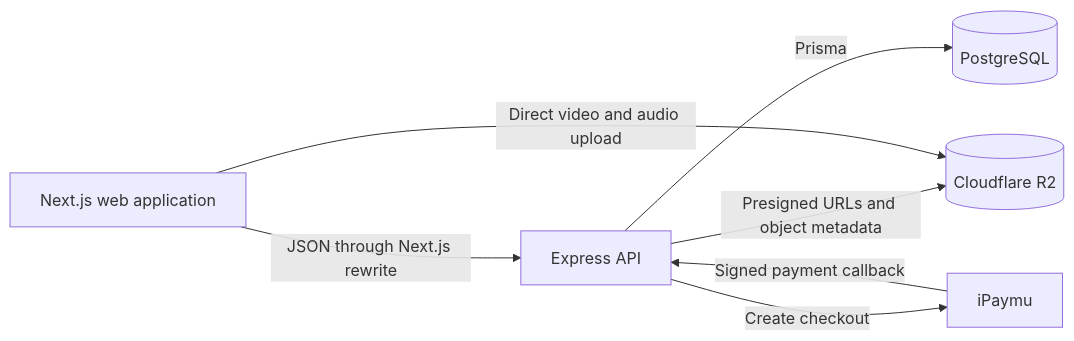
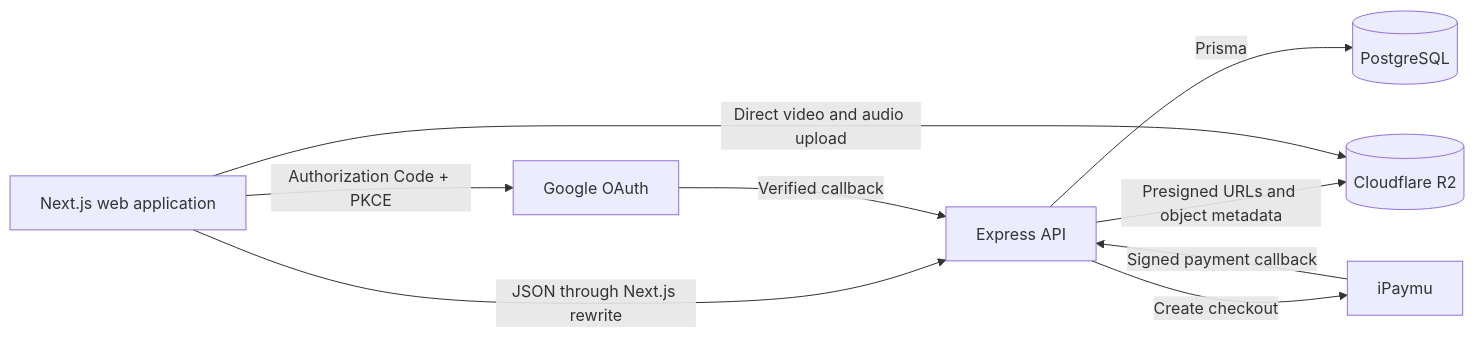
Before and after one commit to markusdito/fluentcheck-english-proficiency-test: the diagram in README.md, drawn with Mermaid. The commit also changed other lines of this file and 4 other files, not shown here.

Commit message:
docs(auth): document Google OAuth deployment

````diff
--- a/README.md
+++ b/README.md
@@ -73,15 +76,18 @@
 ```mermaid
 flowchart LR
     Browser[Next.js web application]
     API[Express API]
     Database[(PostgreSQL)]
     Storage[(Cloudflare R2)]
     Payment[iPaymu]
+    Google[Google OAuth]
 
     Browser -->|JSON through Next.js rewrite| API
     API -->|Prisma| Database
     API -->|Presigned URLs and object metadata| Storage
     Browser -->|Direct video and audio upload| Storage
     API -->|Create checkout| Payment
     Payment -->|Signed payment callback| API
+    Browser -->|Authorization Code + PKCE| Google
+    Google -->|Verified callback| API
 ```
````
